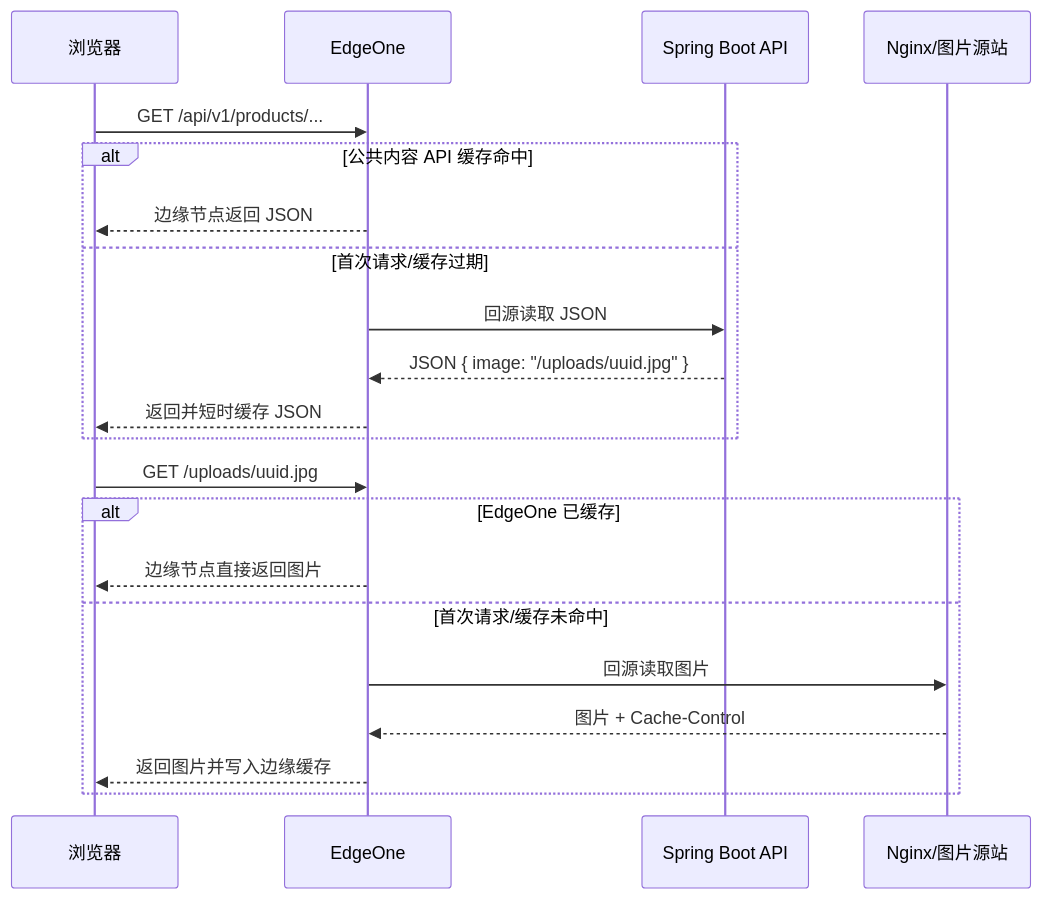
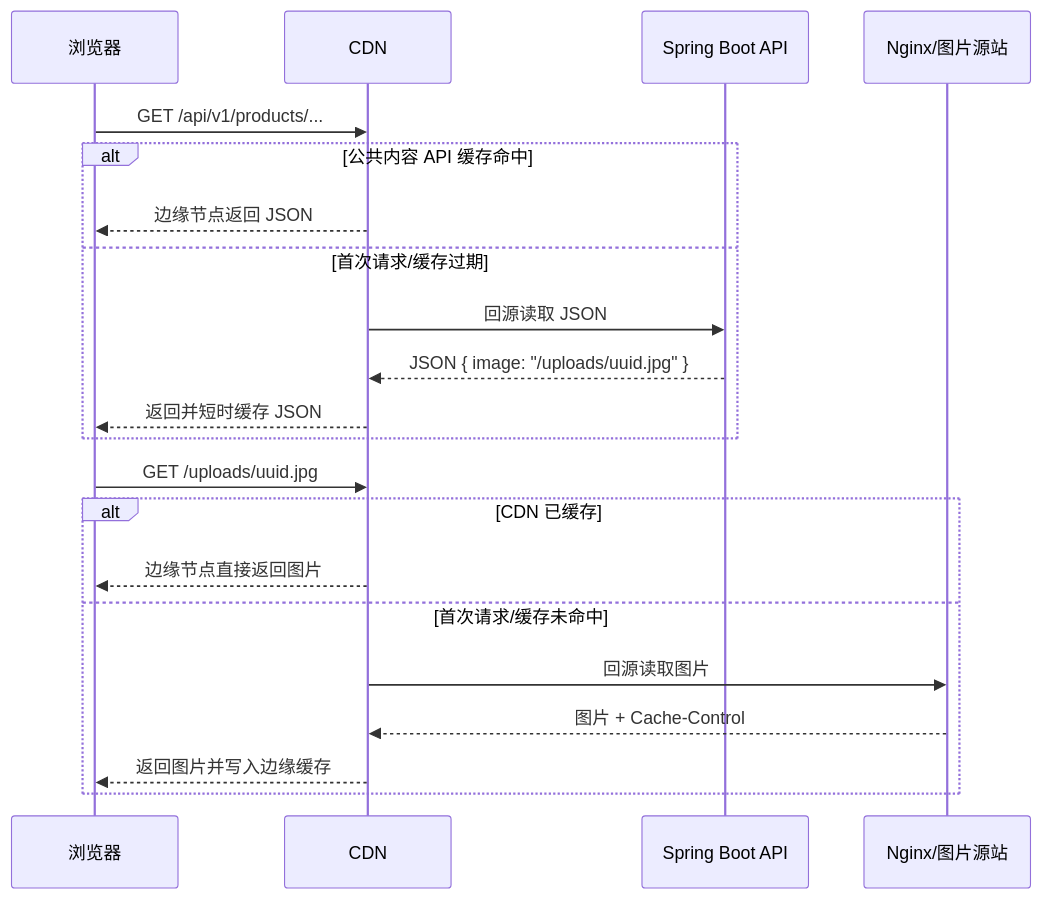
Before and after one commit to snowduckhaha/Chemical: the second of 2 diagrams in site-mvp/deploy/DEPLOYMENT_TENCENT_GLOBAL.md, drawn with Mermaid. The commit also changed other lines of this file and 15 other files, not shown here.

Commit message:
更新发布脚本。优化页脚信息和图标。

````diff
--- a/site-mvp/deploy/DEPLOYMENT_TENCENT_GLOBAL.md
+++ b/site-mvp/deploy/DEPLOYMENT_TENCENT_GLOBAL.md
@@ -218,23 +228,23 @@
 ```mermaid
 sequenceDiagram
     participant Browser as 浏览器
-    participant Edge as EdgeOne
+    participant Edge as CDN
     participant API as Spring Boot API
     participant Origin as Nginx/图片源站
     Browser->>Edge: GET /api/v1/products/...
     alt 公共内容 API 缓存命中
         Edge-->>Browser: 边缘节点返回 JSON
     else 首次请求/缓存过期
         Edge->>API: 回源读取 JSON
         API-->>Edge: JSON { image: "/uploads/uuid.jpg" }
         Edge-->>Browser: 返回并短时缓存 JSON
     end
     Browser->>Edge: GET /uploads/uuid.jpg
-    alt EdgeOne 已缓存
+    alt CDN 已缓存
         Edge-->>Browser: 边缘节点直接返回图片
     else 首次请求/缓存未命中
         Edge->>Origin: 回源读取图片
         Origin-->>Edge: 图片 + Cache-Control
         Edge-->>Browser: 返回图片并写入边缘缓存
     end
 ```
````
